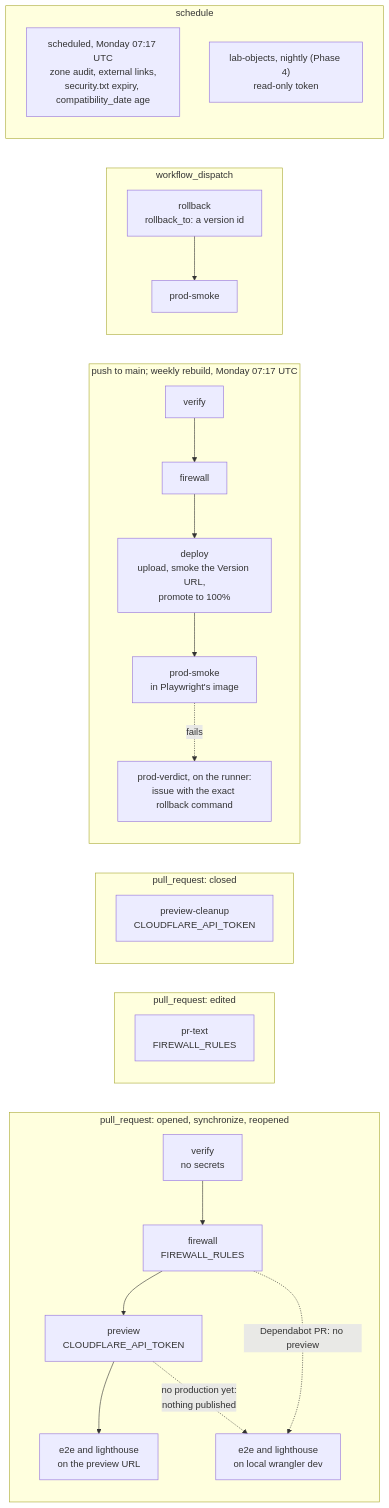
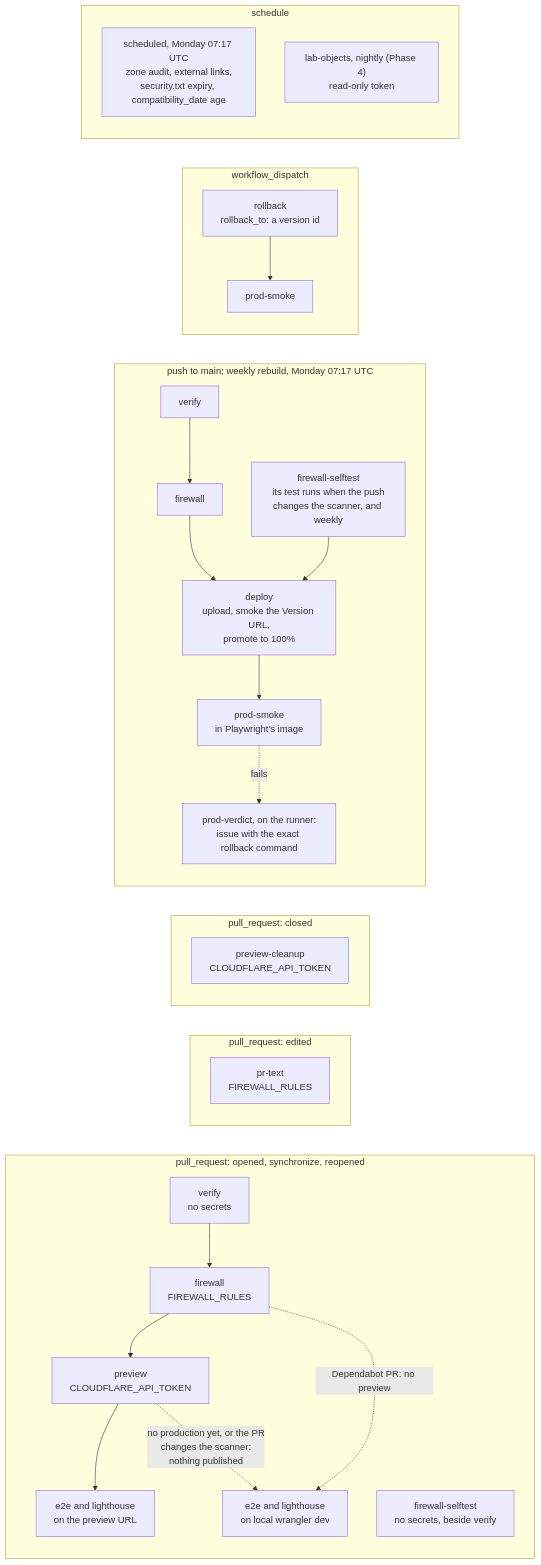
One commit to IHaveASegway/website changed the diagram in docs/delivery.md. Above: the diagram before and after it, drawn with Mermaid. The commit also changed other lines of this file and 9 other files, not shown here.

````diff
--- a/docs/delivery.md
+++ b/docs/delivery.md
@@ -119,27 +119,29 @@
 ```mermaid
 flowchart LR
   subgraph PR["pull_request: opened, synchronize, reopened"]
     V["verify<br/>no secrets"] --> F["firewall<br/>FIREWALL_RULES"]
+    ST["firewall-selftest<br/>no secrets, beside verify"]
     F --> P["preview<br/>CLOUDFLARE_API_TOKEN"]
     P --> E["e2e and lighthouse<br/>on the preview URL"]
     F -.->|"Dependabot PR: no preview"| EL["e2e and lighthouse<br/>on local wrangler dev"]
-    P -.->|"no production yet:<br/>nothing published"| EL
+    P -.->|"no production yet, or the PR<br/>changes the scanner:<br/>nothing published"| EL
   end
   subgraph ED["pull_request: edited"]
     T["pr-text<br/>FIREWALL_RULES"]
   end
   subgraph CL["pull_request: closed"]
     C["preview-cleanup<br/>CLOUDFLARE_API_TOKEN"]
   end
   subgraph MAIN["push to main; weekly rebuild, Monday 07:17 UTC"]
     V2["verify"] --> F2["firewall"] --> D["deploy<br/>upload, smoke the Version URL,<br/>promote to 100%"] --> S["prod-smoke<br/>in Playwright's image"]
+    ST2["firewall-selftest<br/>its test runs when the push<br/>changes the scanner, and weekly"] --> D
     S -.->|"fails"| I["prod-verdict, on the runner:<br/>issue with the exact rollback command"]
   end
   subgraph DISP["workflow_dispatch"]
     R["rollback<br/>rollback_to: a version id"] --> S3["prod-smoke"]
   end
   subgraph WK["schedule"]
     W["scheduled, Monday 07:17 UTC<br/>zone audit, external links,<br/>security.txt expiry, compatibility_date age"]
     N["lab-objects, nightly (Phase 4)<br/>read-only token"]
   end
 ```
````
